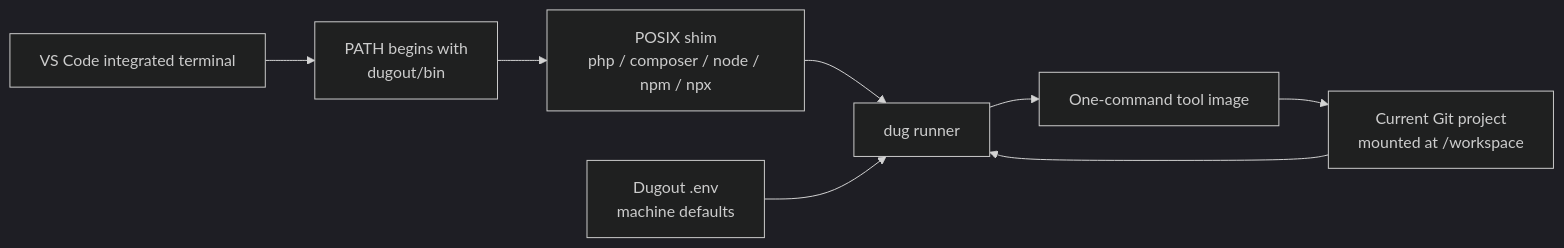
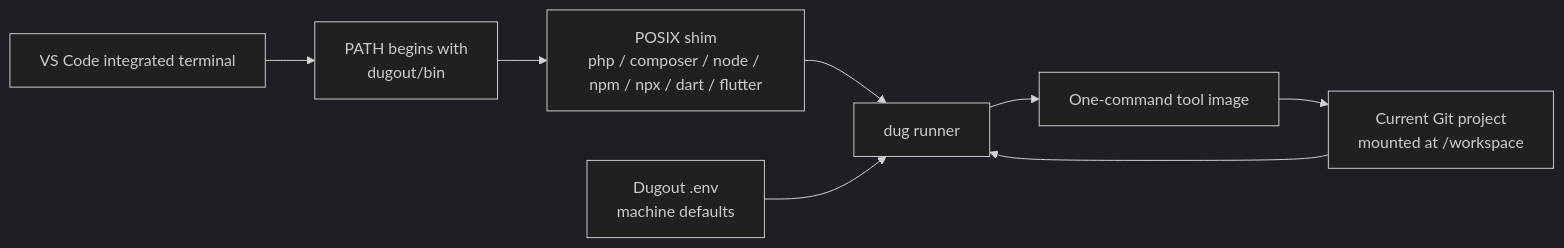
The diagram in docs/README.md (moztopia/dugout), drawn with Mermaid (dark theme) before and after one commit. The commit also changed other lines of this file and 25 other files, not shown here.

First line of the commit message:
feat(tool-plane): add pinned Dart and Flutter tool support

````diff
--- a/docs/README.md
+++ b/docs/README.md
@@ -20,15 +20,15 @@
 ```mermaid
 flowchart LR
     terminal["VS Code integrated terminal"]
     path["PATH begins with<br/>dugout/bin"]
-    shim["POSIX shim<br/>php / composer / node / npm / npx"]
+    shim["POSIX shim<br/>php / composer / node / npm / npx / dart / flutter"]
     runner["dug runner"]
     config["Dugout .env<br/>machine defaults"]
     image["One-command tool image"]
     project["Current Git project<br/>mounted at /workspace"]
 
     terminal --> path --> shim --> runner --> image
     config --> runner
     project --> runner
     image --> project
 ```
````
